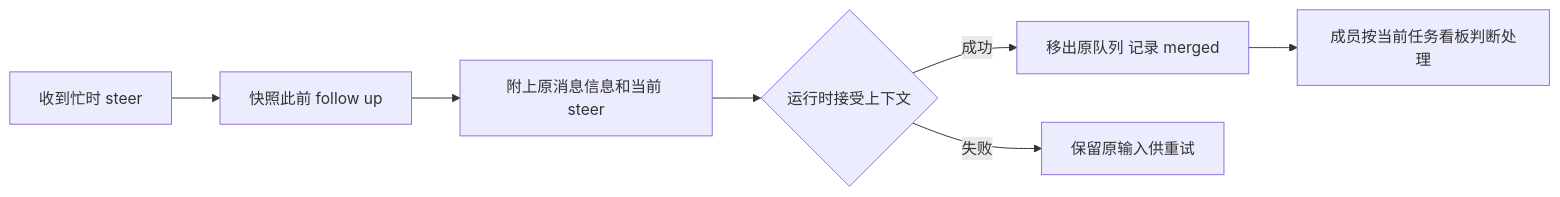
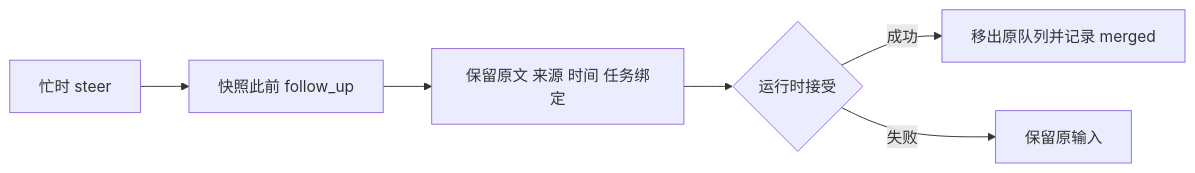
One commit to openJiuwen-ai/agent-core changed the diagram in .agents/agent-docs/features/F_20261116_1653_steer-follow-up-context.md. Above: the diagram before and after it, drawn with Mermaid. The commit also changed other lines of this file and 24 other files, not shown here.

````diff
--- a/.agents/agent-docs/features/F_20261116_1653_steer-follow-up-context.md
+++ b/.agents/agent-docs/features/F_20261116_1653_steer-follow-up-context.md
@@ -48,9 +42,8 @@
 ```mermaid
 flowchart LR
- A[收到忙时 steer] --> B[快照此前 follow up]
- B --> C[附上原消息信息和当前 steer]
- C --> D{运行时接受上下文}
- D -->|成功| E[移出原队列 记录 merged]
- D -->|失败| F[保留原输入供重试]
- E --> G[成员按当前任务看板判断处理]
+ A[忙时 steer] --> B[快照此前 follow_up]
+ B --> C[保留原文 来源 时间 任务绑定]
+ C --> D{运行时接受}
+ D -->|成功| E[移出原队列并记录 merged]
+ D -->|失败| F[保留原输入]
 ```
````
